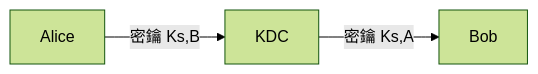
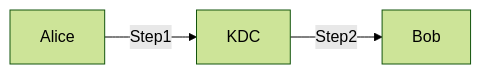
One commit to chchoiw/chchoiw.github.io changed the tenth of 10 diagrams in _posts/2021-07-21-04741-internet.md. Above: the diagram before and after it, drawn with Mermaid (forest theme). The commit also changed other lines of this file, not shown here.

````diff
--- a/_posts/2021-07-21-04741-internet.md
+++ b/_posts/2021-07-21-04741-internet.md
@@ -917,5 +917,5 @@
 ```mermaid
 graph LR
-A[Alice]--密鑰 Ks,B-->K[KDC]
-K--密鑰 Ks,A -->B[Bob]
+A[Alice]--Step1-->K[KDC]
+K--Step2 -->B[Bob]
 ```
````
